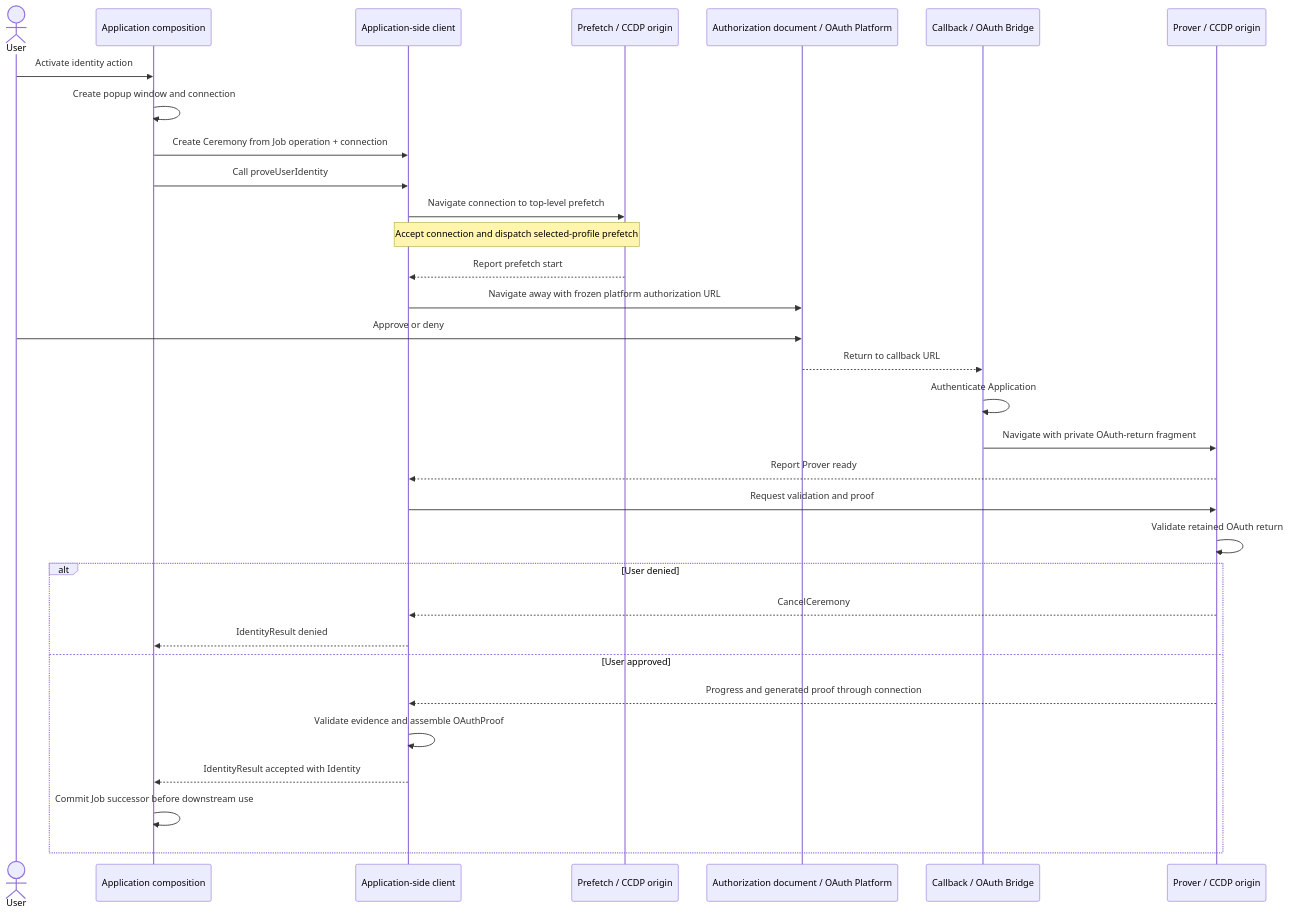
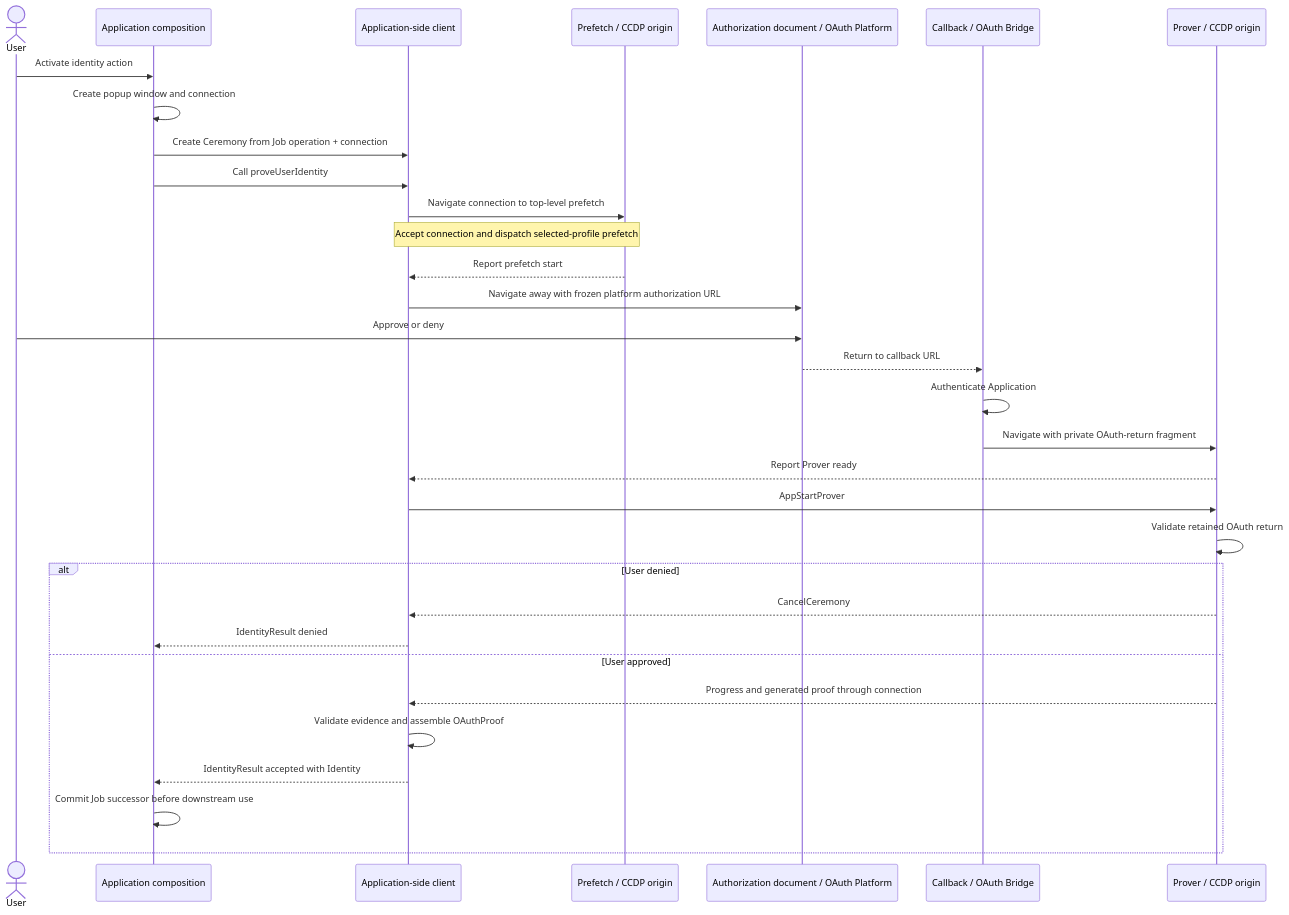
The diagram in ts/packages/ceremony/ARCHITECTURE.md (libid-org/libid), drawn with Mermaid before and after one commit. The commit also changed other lines of this file and 6 other files, not shown here.

Commit message:
docs(ceremony): name prover start and clarify denial phase

````diff
--- a/ts/packages/ceremony/ARCHITECTURE.md
+++ b/ts/packages/ceremony/ARCHITECTURE.md
@@ -45,35 +45,35 @@
 ```mermaid
 sequenceDiagram
     actor U as User
     participant A as Application composition
     participant C as Application-side client
     participant F as Prefetch / CCDP origin
     participant O as Authorization document / OAuth Platform
     participant P as Callback / OAuth Bridge
     participant R as Prover / CCDP origin
 
     U->>A: Activate identity action
     A->>A: Create popup window and connection
     A->>C: Create Ceremony from Job operation + connection
     A->>C: Call proveUserIdentity
     C->>F: Navigate connection to top-level prefetch
     Note over C,F: Accept connection and dispatch selected-profile prefetch
     F-->>C: Report prefetch start
     C->>O: Navigate away with frozen platform authorization URL
     U->>O: Approve or deny
     O-->>P: Return to callback URL
     P->>P: Authenticate Application
     P->>R: Navigate with private OAuth-return fragment
     R-->>C: Report Prover ready
-    C->>R: Request validation and proof
+    C->>R: AppStartProver
     R->>R: Validate retained OAuth return
     alt User denied
         R-->>C: CancelCeremony
         C-->>A: IdentityResult denied
     else User approved
         R-->>C: Progress and generated proof through connection
         C->>C: Validate evidence and assemble OAuthProof
         C-->>A: IdentityResult accepted with Identity
         A->>A: Commit Job successor before downstream use
     end
 ```
````
